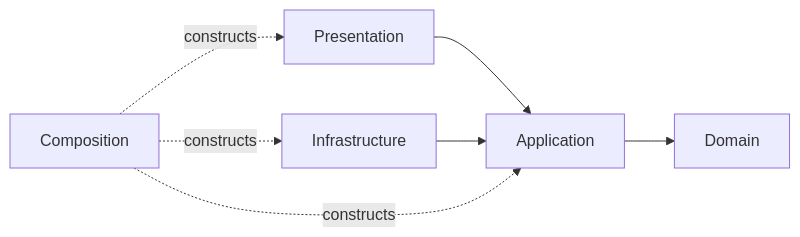
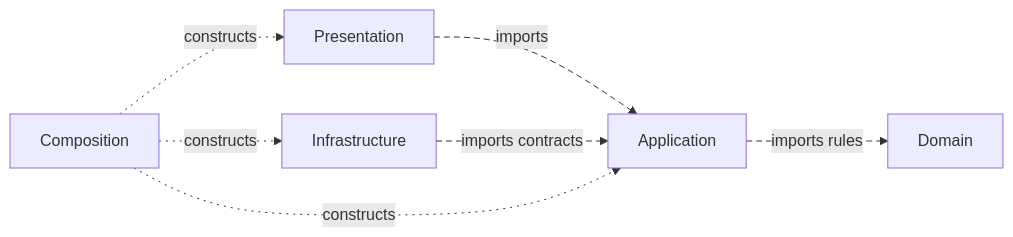
Before and after one commit to AndresTaoFlorez/software-architecture: the fifth of 6 diagrams in clean-architecture/README.md, drawn with Mermaid. The commit also changed other lines of this file and 21 other files, not shown here.

````diff
--- a/clean-architecture/README.md
+++ b/clean-architecture/README.md
@@ -194,10 +194,12 @@
 ```mermaid
 flowchart LR
-    PRES["Presentation"] --> APP["Application"]
-    INFRA["Infrastructure"] --> APP
-    APP --> DOMAIN["Domain"]
+    PRES["Presentation"] -. "imports" .-> APP["Application"]
+    INFRA["Infrastructure"] -. "imports contracts" .-> APP
+    APP -. "imports rules" .-> DOMAIN["Domain"]
 
     ROOT["Composition"] -. "constructs" .-> PRES
     ROOT -. "constructs" .-> INFRA
     ROOT -. "constructs" .-> APP
+    linkStyle 0,1,2 stroke-width:1px,stroke-dasharray:6 4
+    linkStyle 3,4,5 stroke-width:1px,stroke-dasharray:2 5
 ```
````
